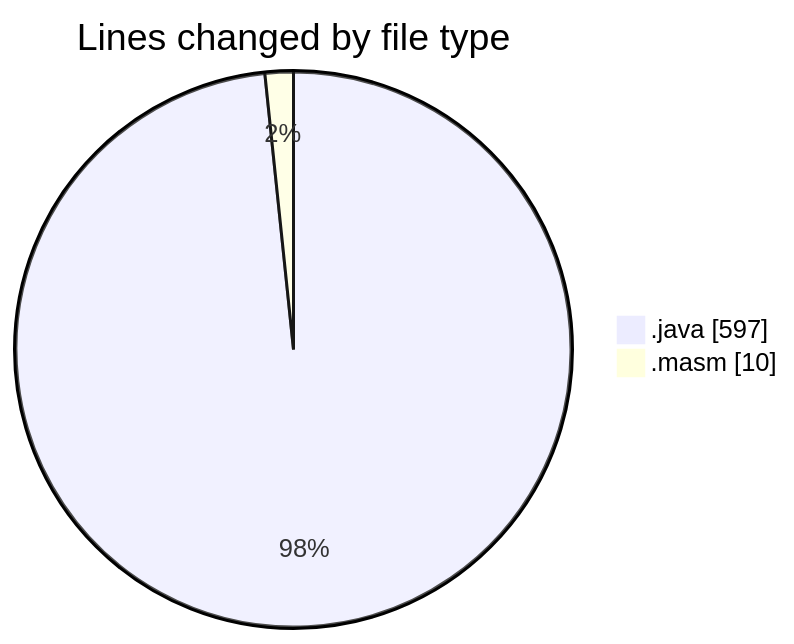
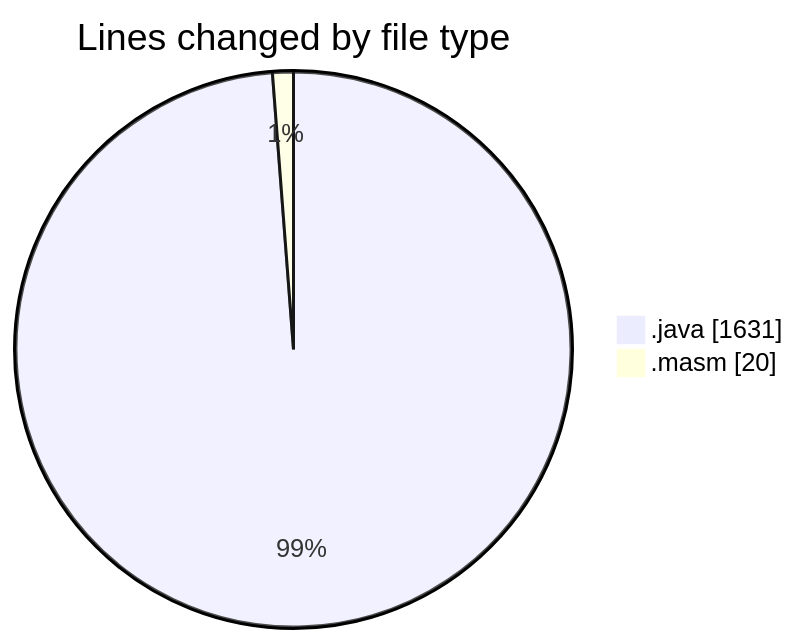
The first of 2 diagrams in 2025-02-19/masm/README.md (charlie-sans/code-tracking), drawn with Mermaid before and after one commit. The commit also changed other lines of this file and 1 other file, not shown here.

````diff
--- a/2025-02-19/masm/README.md
+++ b/2025-02-19/masm/README.md
@@ -23,6 +23,6 @@
 ```mermaid
 pie showData
 title Lines changed by file type
-".java" : 597
-".masm" : 10
+".java" : 1631
+".masm" : 20
 ```
````
